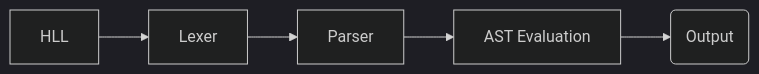
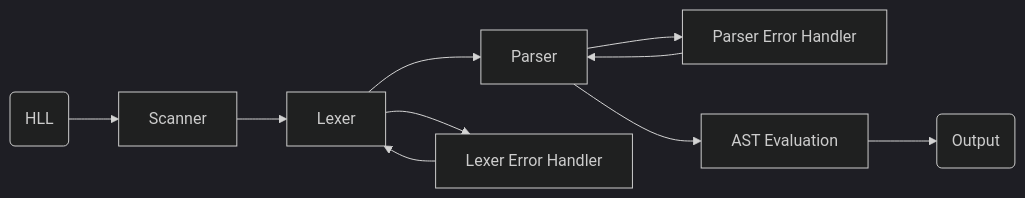
Before and after one commit to OrbitalJin/LogiCode: the first of 4 diagrams in README.md, drawn with Mermaid (dark theme). The commit also changed other lines of this file and 12 other files, not shown here.

````diff
--- a/README.md
+++ b/README.md
@@ -36,7 +36,13 @@
 ```mermaid
 graph LR;
-  HLL --> Lexer;
-  Lexer --> Parser;
-  Parser --> AST[AST Evaluation];
+  H(HLL) --> S[Scanner];
+  L --> P[Parser];
+  S --> L[Lexer];
+  L --> LERR[Lexer Error Handler];
+  LERR --> L;
+  P --> PERR[Parser Error Handler];
+  PERR --> P;
+  P --> AST[AST Evaluation];
   AST --> O(Output);
+
 ```
````
